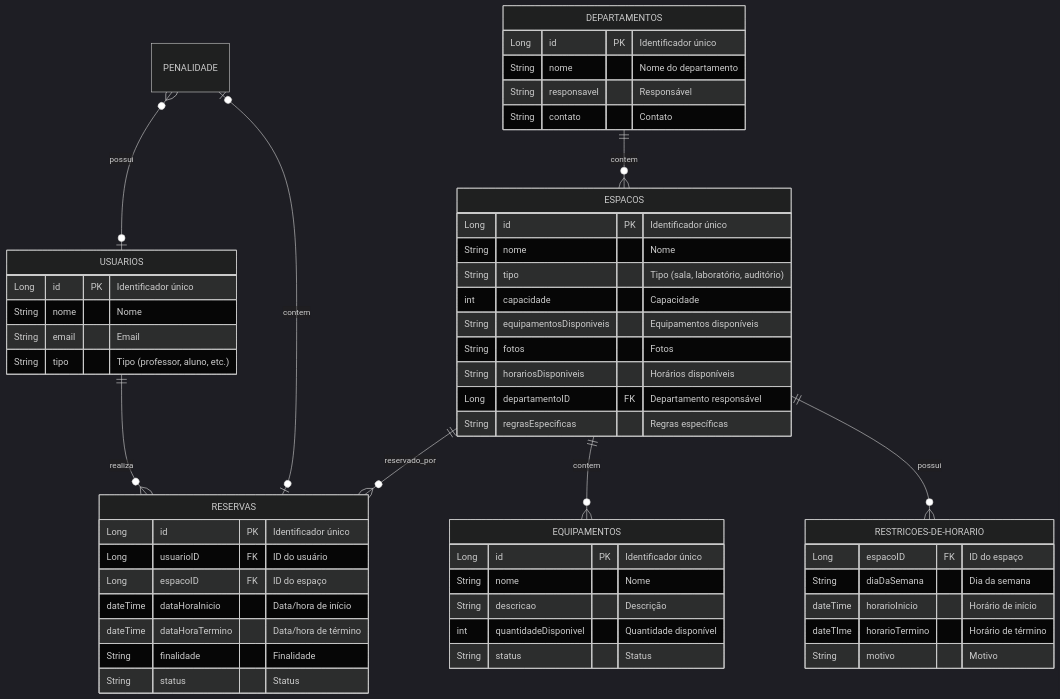
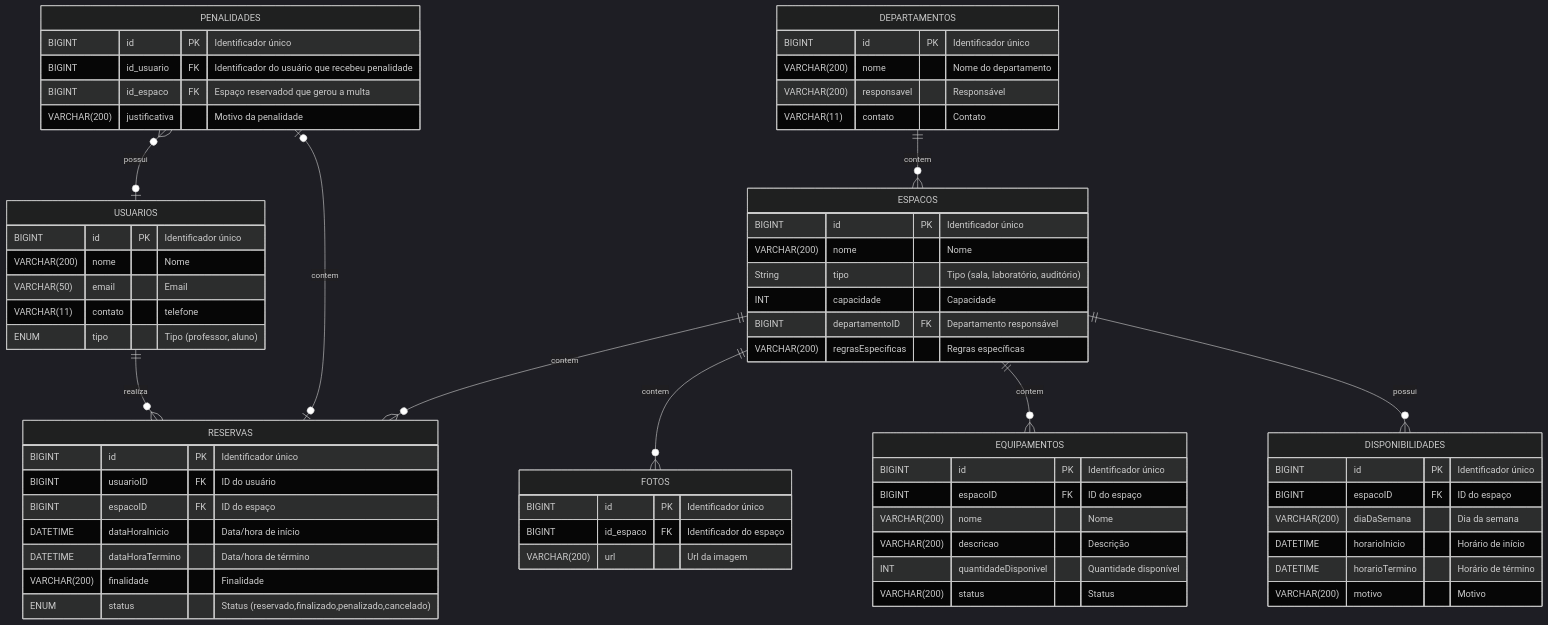
One commit to AdnRamos/Sistema_de_Reservas_de_Espacos_em_Universidade changed the diagram in README.md. Above: the diagram before and after it, drawn with Mermaid (dark theme). The commit also changed other lines of this file, not shown here.

````diff
--- a/README.md
+++ b/README.md
@@ -73,64 +8,69 @@
 ```mermaid
 erDiagram
     DEPARTAMENTOS ||--o{ ESPACOS : contem
     USUARIOS ||--o{ RESERVAS : realiza
-    PENALIDADE |o--o| RESERVAS : contem
-    PENALIDADE }o--o|  USUARIOS : possui
-
-    ESPACOS ||--o{ RESERVAS : reservado_por
+    PENALIDADES |o--o| RESERVAS : contem
+    PENALIDADES }o--o|  USUARIOS : possui
+    ESPACOS ||--o{ RESERVAS : contem
+    ESPACOS ||--o{ FOTOS : contem
     ESPACOS ||--o{ EQUIPAMENTOS : contem
-    ESPACOS ||--o{ RESTRICOES-DE-HORARIO : possui
-
+    ESPACOS ||--o{ DISPONIBILIDADES : possui
     DEPARTAMENTOS {
-        Long id PK "Identificador único"
-        String nome "Nome do departamento"
-        String responsavel "Responsável"
-        String contato "Contato"
+        BIGINT id PK "Identificador único"
+        VARCHAR(200) nome "Nome do departamento"
+        VARCHAR(200) responsavel "Responsável"
+        VARCHAR(11) contato "Contato"
     }
-
+      PENALIDADES {
+        BIGINT id PK "Identificador único"
+        BIGINT id_usuario FK "Identificador do usuário que recebeu penalidade"
+        BIGINT id_espaco FK "Espaço reservadod que gerou a multa"
+        VARCHAR(200) justificativa "Motivo da penalidade"
+      }
     ESPACOS {
-        Long id PK "Identificador único"
-        String nome "Nome"
+        BIGINT id PK "Identificador único"
+        VARCHAR(200) nome "Nome"
         String tipo "Tipo (sala, laboratório, auditório)"
-        int capacidade "Capacidade"
-        String equipamentosDisponiveis "Equipamentos disponíveis"
-        String fotos "Fotos"
-        String horariosDisponiveis "Horários disponíveis"
-        Long departamentoID FK "Departamento responsável"
-        String regrasEspecificas "Regras específicas"
+        INT capacidade "Capacidade"
+        BIGINT departamentoID FK "Departamento responsável"
+        VARCHAR(200) regrasEspecificas "Regras específicas"
     }
-
+    FOTOS{
+       BIGINT id PK "Identificador único"
+       BIGINT id_espaco FK "Identificador do espaço"
+       VARCHAR(200) url "Url da imagem"
+    }
     USUARIOS {
-        Long id PK "Identificador único"
-        String nome "Nome"
-        String email "Email"
-        String tipo "Tipo (professor, aluno, etc.)"
+        BIGINT id PK "Identificador único"
+        VARCHAR(200) nome "Nome"
+        VARCHAR(50) email "Email"
+        VARCHAR(11) contato "telefone"
+        ENUM tipo "Tipo (professor, aluno)"
     }
-
     RESERVAS {
-        Long id PK "Identificador único"
-        Long usuarioID FK "ID do usuário"
-        Long espacoID FK "ID do espaço"
-        dateTime dataHoraInicio "Data/hora de início"
-        dateTime dataHoraTermino "Data/hora de término"
-        String finalidade "Finalidade"
-        String status "Status"
+        BIGINT id PK "Identificador único"
+        BIGINT usuarioID FK "ID do usuário"
+        BIGINT espacoID FK "ID do espaço"
+        DATETIME dataHoraInicio "Data/hora de início"
+        DATETIME dataHoraTermino "Data/hora de término"
+        VARCHAR(200) finalidade "Finalidade"
+        ENUM status "Status (reservado,finalizado,penalizado,cancelado)"
     }
-
     EQUIPAMENTOS {
-        Long id PK "Identificador único"
-        String nome "Nome"
-        String descricao "Descrição"
-        int quantidadeDisponivel "Quantidade disponível"
-        String status "Status"
+        BIGINT id PK "Identificador único"
+        BIGINT espacoID FK "ID do espaço"
+        VARCHAR(200) nome "Nome"
+        VARCHAR(200) descricao "Descrição"
+        INT quantidadeDisponivel "Quantidade disponível"
+        VARCHAR(200) status "Status"
     }
-
-    RESTRICOES-DE-HORARIO {
-        Long espacoID FK "ID do espaço"
-        String diaDaSemana "Dia da semana"
-        dateTime horarioInicio "Horário de início"
-        dateTIme horarioTermino "Horário de término"
-        String motivo "Motivo"
+    DISPONIBILIDADES {
+        BIGINT id PK "Identificador único"
+        BIGINT espacoID FK "ID do espaço"
+        VARCHAR(200) diaDaSemana "Dia da semana"
+        DATETIME horarioInicio "Horário de início"
+        DATETIME horarioTermino "Horário de término"
+        VARCHAR(200) motivo "Motivo"
     }
 
 ```
````
